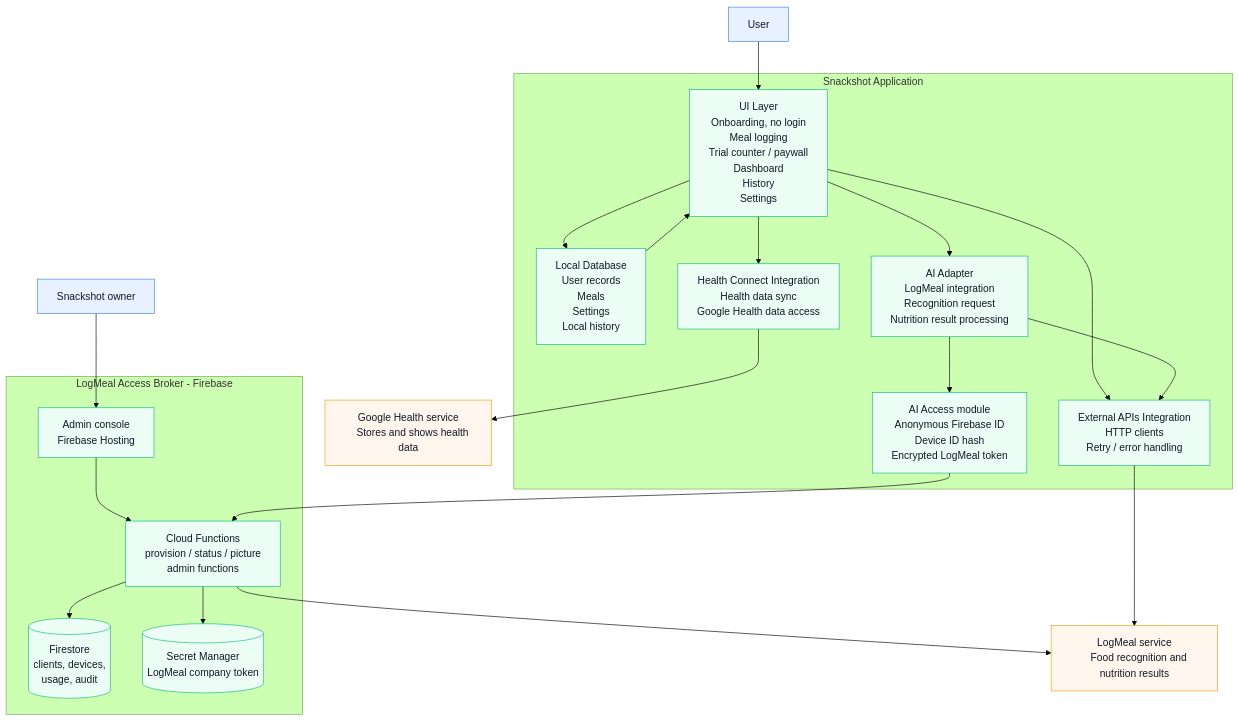
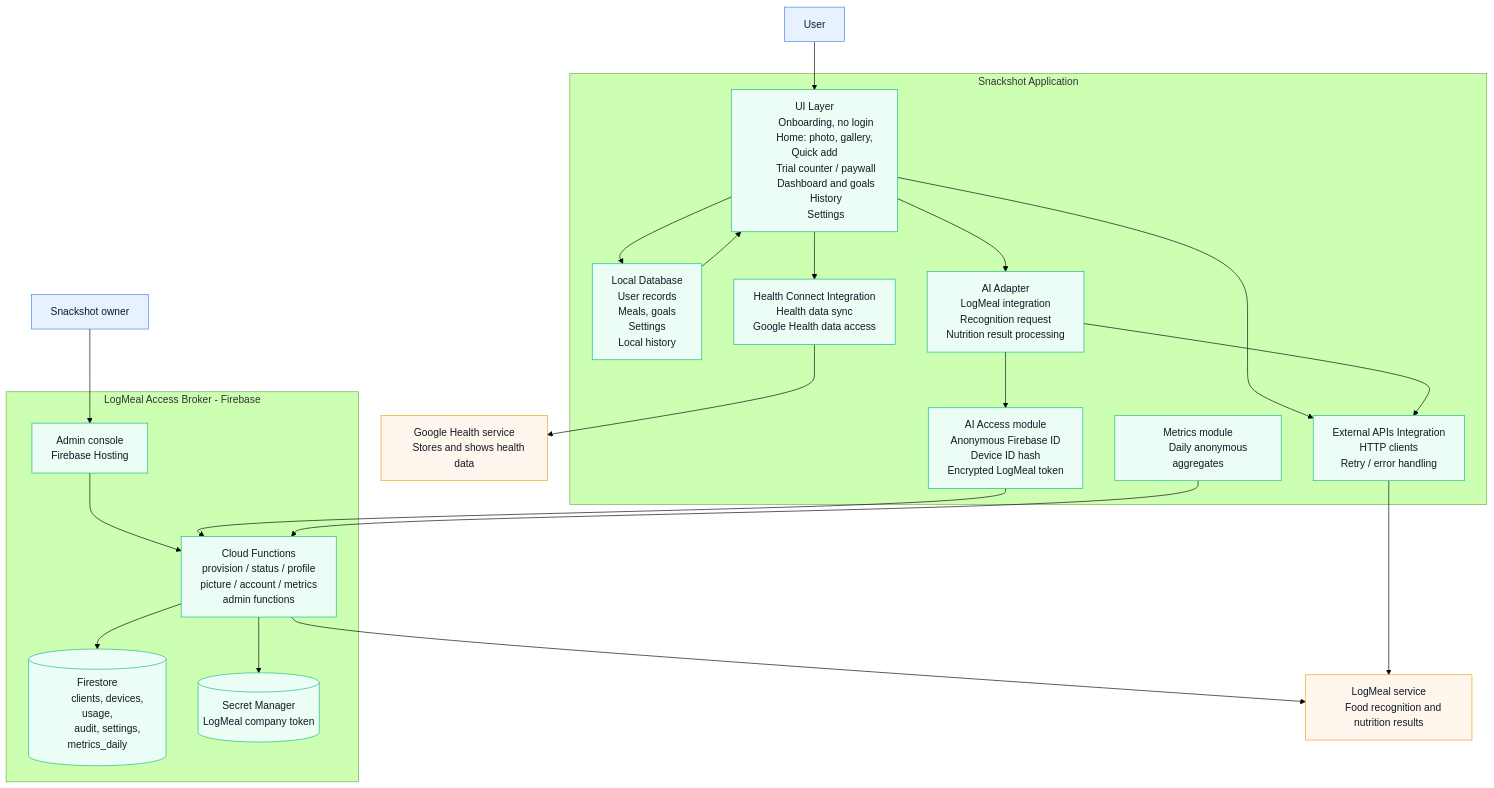
One commit to sergeybelyuga-ops/snackshot changed the diagram in docs/Architecture/06_c4-container-diagram.md. Above: the diagram before and after it, drawn with Mermaid (forest theme). The commit also changed other lines of this file and 28 other files, not shown here.

```diff
--- a/docs/Architecture/06_c4-container-diagram.md
+++ b/docs/Architecture/06_c4-container-diagram.md
@@ -34,15 +35,15 @@
     subgraph G[Snackshot Application]
         UI[UI Layer
         Onboarding, no login
-        Meal logging
+        Home: photo, gallery, Quick add
         Trial counter / paywall
-        Dashboard
+        Dashboard and goals
         History
         Settings]
 
         DB[Local Database
         User records
-        Meals
+        Meals, goals
         Settings
         Local history]
 
@@ -63,15 +64,19 @@
         Anonymous Firebase ID
         Device ID hash
         Encrypted LogMeal token]
+
+        MET[Metrics module
+        Daily anonymous aggregates]
     end
 
     subgraph BR[LogMeal Access Broker - Firebase]
         FN[Cloud Functions
-        provision / status / picture
+        provision / status / profile
+        picture / account / metrics
         admin functions]
         FS[(Firestore
-        clients, devices,
-        usage, audit)]
+        clients, devices, usage,
+        audit, settings, metrics_daily)]
         SM[(Secret Manager
         LogMeal company token)]
         ADM[Admin console
@@ -91,6 +96,7 @@
     AI --> API
     AI --> ACC
     ACC --> FN
+    MET --> FN
     API --> L[LogMeal service
     Food recognition and nutrition results]
     FN --> L
@@ -105,7 +111,7 @@
     classDef service fill:#fff7ed,stroke:#f59e0b,color:#111827;
     classDef user fill:#e8f1ff,stroke:#3b82f6,color:#111827;
 
-    class UI,DB,AI,HC,API,ACC app;
+    class UI,DB,AI,HC,API,ACC,MET app;
     class FN,FS,SM,ADM app;
     class U,OW user;
     class L,H service;
```
